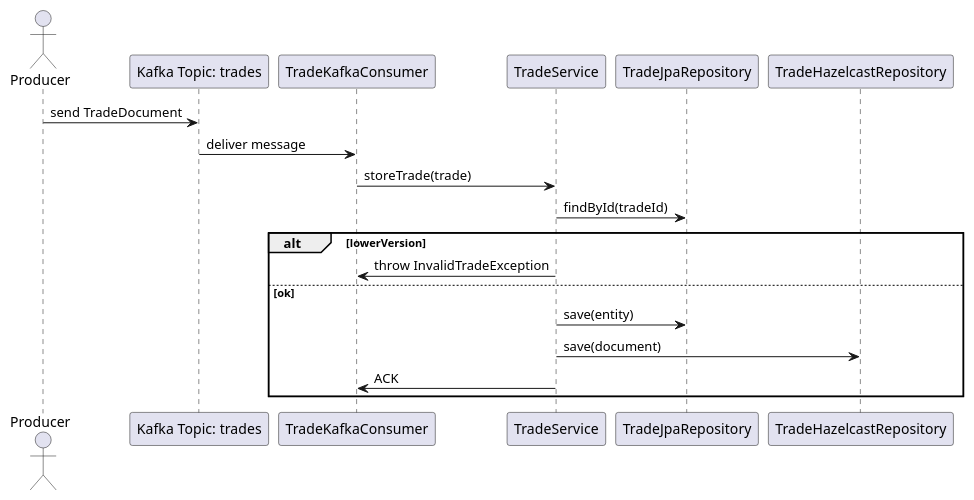
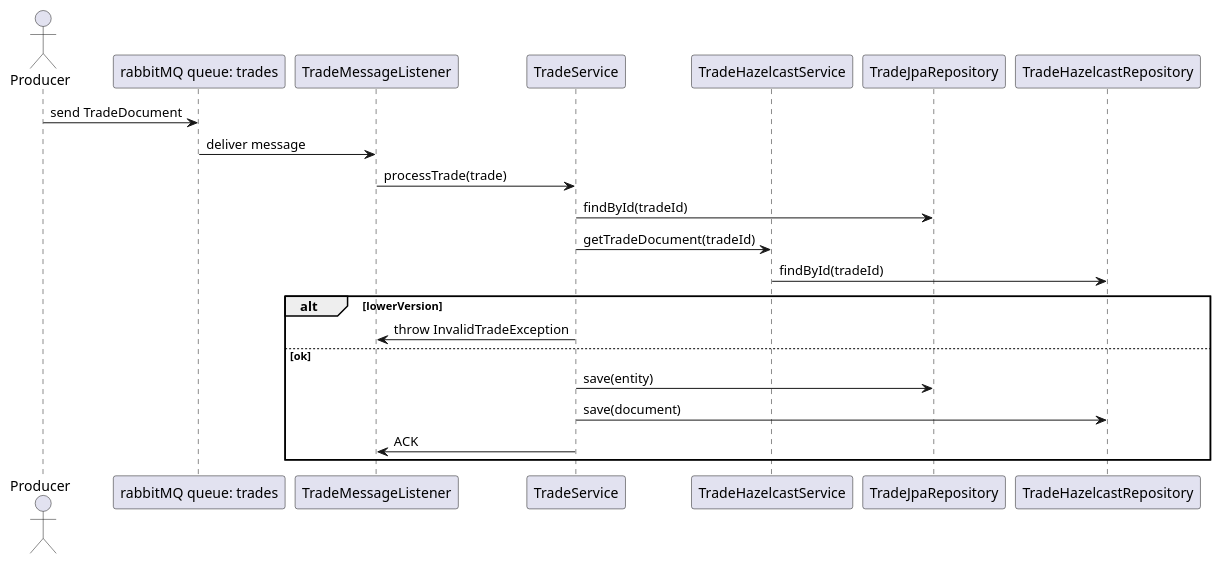
The diagram in tradestoresequence.puml (tovijayy/tradestore), drawn with PlantUML before and after one commit. The commit also changed 5 other files, not shown here.

Commit message:
Updated with plantUml

```diff
--- a/tradestoresequence.puml
+++ b/tradestoresequence.puml
@@ -1,20 +1,23 @@
 @startuml
 actor Producer
-participant "Kafka Topic: trades" as Kafka
-participant "TradeKafkaConsumer" as Consumer
+participant "rabbitMQ queue: trades" as TradeEvents
+participant "TradeMessageListener" as Consumer
 participant "TradeService" as Service
+participant "TradeHazelcastService" as HazelcastService
 participant "TradeJpaRepository" as JPA
 participant "TradeHazelcastRepository" as HZ
 
-Producer -> Kafka: send TradeDocument
-Kafka -> Consumer: deliver message
-Consumer -> Service: storeTrade(trade)
+Producer -> TradeEvents: send TradeDocument
+TradeEvents -> Consumer: deliver message
+Consumer -> Service: processTrade(trade)
 Service -> JPA: findById(tradeId)
+Service -> HazelcastService: getTradeDocument(tradeId)
+HazelcastService -> HZ: findById(tradeId)
 alt lowerVersion
   Service -> Consumer: throw InvalidTradeException
 else ok
   Service -> JPA: save(entity)
   Service -> HZ: save(document)
   Service -> Consumer: ACK
 end
 @enduml
```
